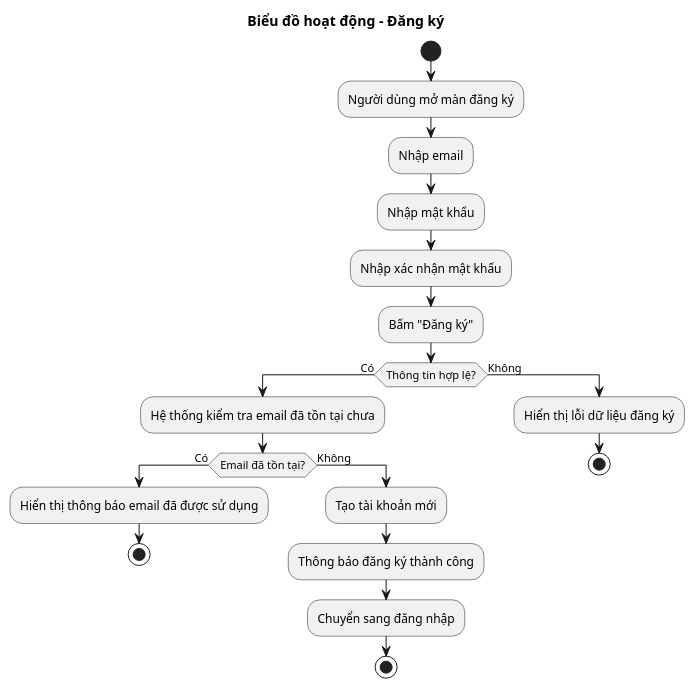
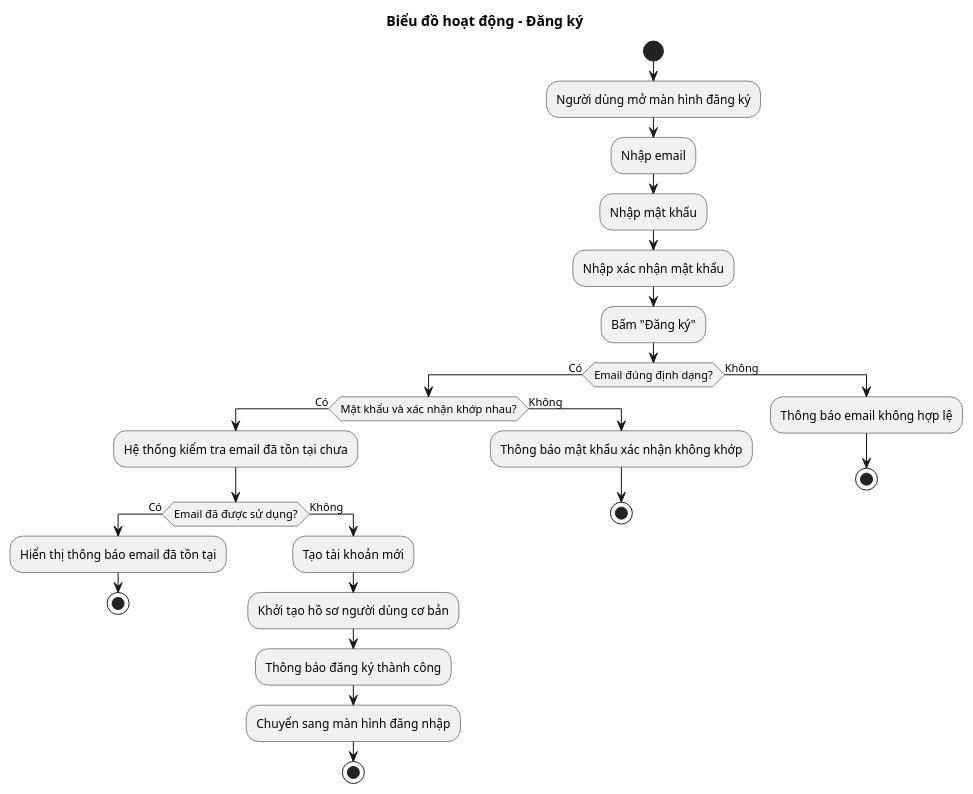
One commit to phuongtech24/do_an changed the diagram in docs/diagrams/Bieudohoatdong/register.puml. Above: the diagram before and after it, drawn with PlantUML. The commit also changed other lines of this file and 18 other files, not shown here.

```diff
--- a/docs/diagrams/Bieudohoatdong/register.puml
+++ b/docs/diagrams/Bieudohoatdong/register.puml
@@ -1,27 +1,33 @@
 @startuml
 title Biểu đồ hoạt động - Đăng ký
 
 start
-:Người dùng mở màn đăng ký;
+:Người dùng mở màn hình đăng ký;
 :Nhập email;
 :Nhập mật khẩu;
 :Nhập xác nhận mật khẩu;
 :Bấm "Đăng ký";
 
-if (Thông tin hợp lệ?) then (Có)
-  :Hệ thống kiểm tra email đã tồn tại chưa;
-  if (Email đã tồn tại?) then (Có)
-    :Hiển thị thông báo email đã được sử dụng;
-    stop
+if (Email đúng định dạng?) then (Có)
+  if (Mật khẩu và xác nhận khớp nhau?) then (Có)
+    :Hệ thống kiểm tra email đã tồn tại chưa;
+    if (Email đã được sử dụng?) then (Có)
+      :Hiển thị thông báo email đã tồn tại;
+      stop
+    else (Không)
+      :Tạo tài khoản mới;
+      :Khởi tạo hồ sơ người dùng cơ bản;
+      :Thông báo đăng ký thành công;
+      :Chuyển sang màn hình đăng nhập;
+      stop
+    endif
   else (Không)
-    :Tạo tài khoản mới;
-    :Thông báo đăng ký thành công;
-    :Chuyển sang đăng nhập;
+    :Thông báo mật khẩu xác nhận không khớp;
     stop
   endif
 else (Không)
-  :Hiển thị lỗi dữ liệu đăng ký;
+  :Thông báo email không hợp lệ;
   stop
 endif
 
 @enduml
```
